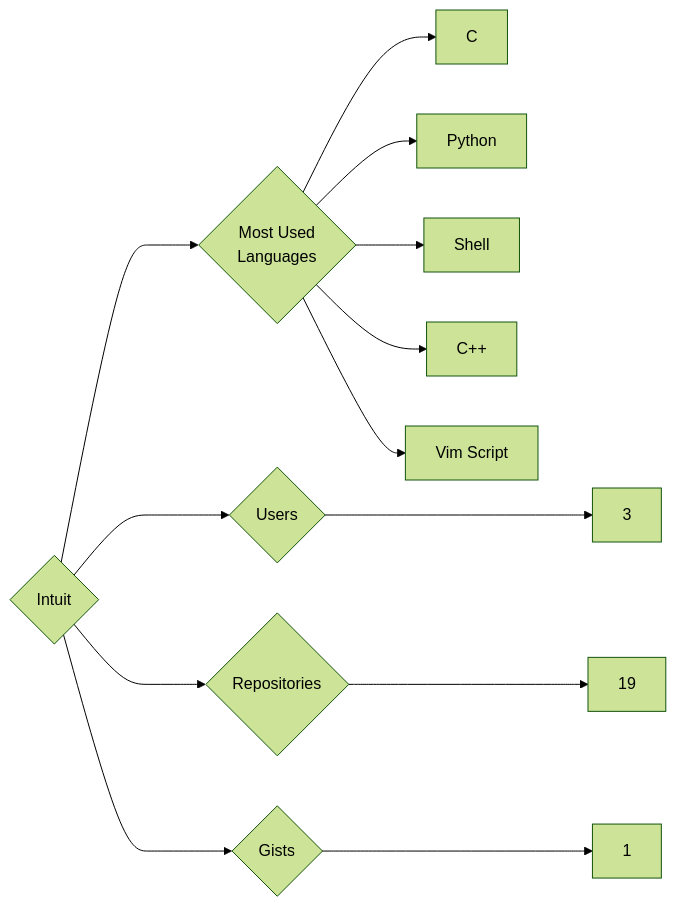
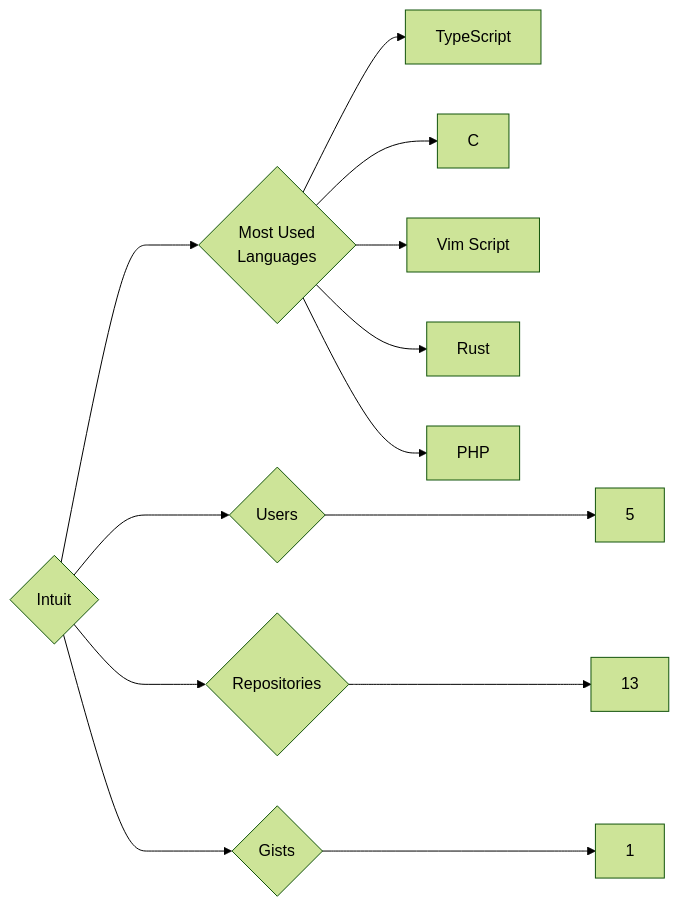
Before and after one commit to trickest/insiders: the diagram in targets/Intuit/README.md, drawn with Mermaid (forest theme). The commit also changed 1166 other files, not shown here.

````diff
--- a/targets/Intuit/README.md
+++ b/targets/Intuit/README.md
@@ -3,13 +3,13 @@
 ```mermaid
 graph LR
 COMPANY_NAME{Intuit}
-COMPANY_NAME ---> U{Users} ---> UN[3]
-COMPANY_NAME ---> R{Repositories} ---> RN[19]
+COMPANY_NAME ---> U{Users} ---> UN[5]
+COMPANY_NAME ---> R{Repositories} ---> RN[13]
 COMPANY_NAME ---> G{Gists} ---> GN[1]
 COMPANY_NAME ---> ML{Most Used<br>Languages}
+ML --> TypeScript[TypeScript]
 ML --> C[C]
-ML --> Python[Python]
-ML --> Shell[Shell]
-ML --> C++[C++]
 ML --> Vim_Script[Vim Script]
+ML --> Rust[Rust]
+ML --> PHP[PHP]
 ```
````
